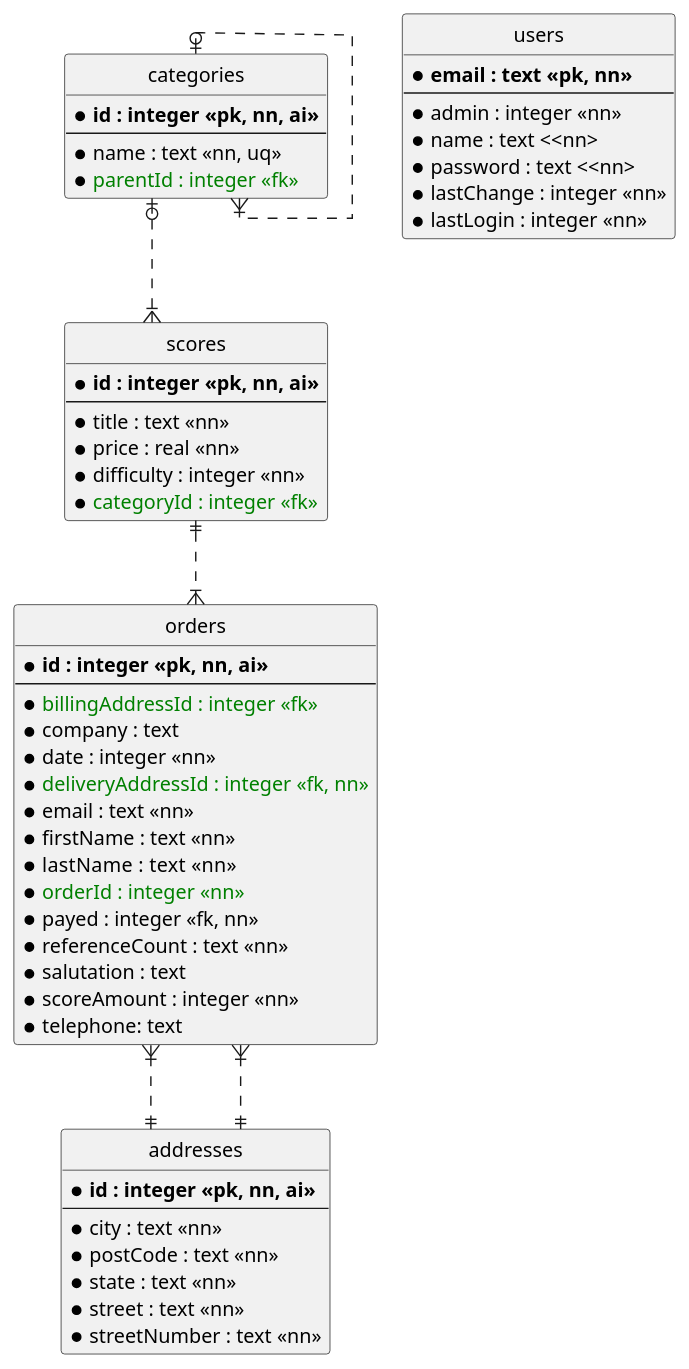
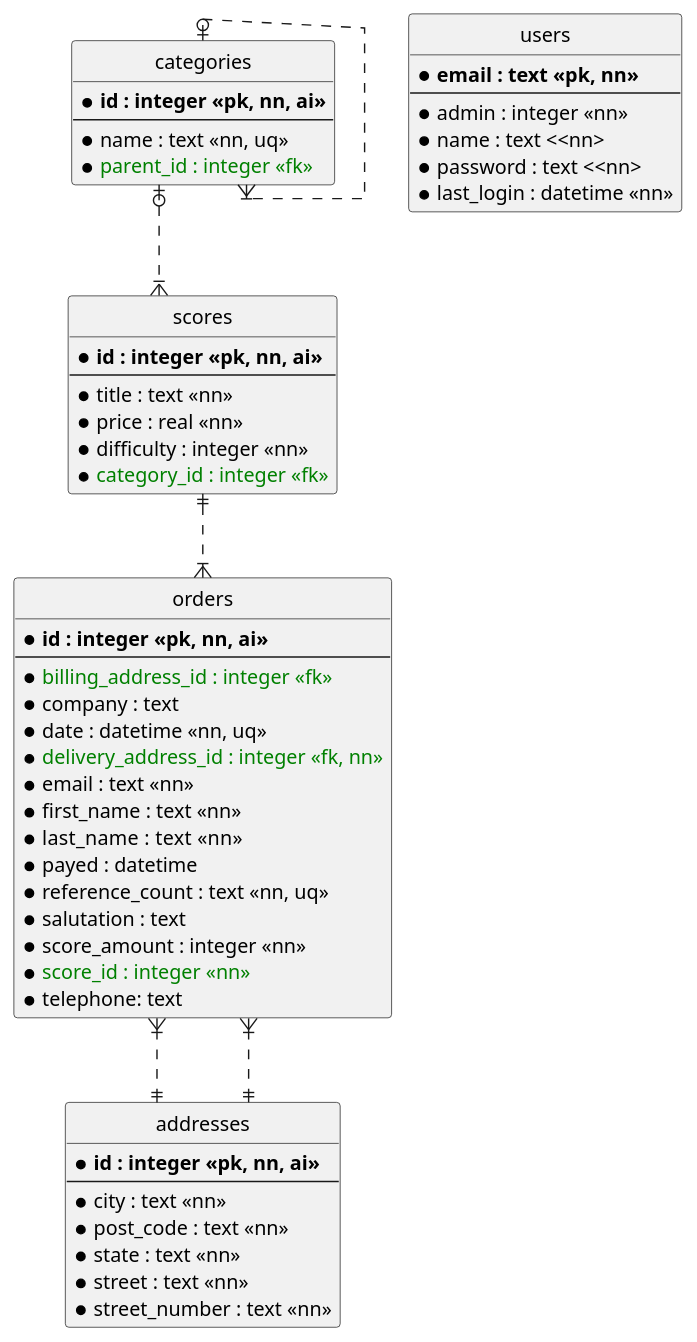
The diagram in doc/database/database.adoc (mknentwich/core), drawn with PlantUML before and after one commit.

Commit message:
changed database case to snake case as dbs are not always case sensitive. changed payed to a nullable datetime. changed every unixtime to a datetime. fixed wrong name orderId to score_id.

```diff
--- a/doc/database/database.adoc
+++ b/doc/database/database.adoc
@@ -8,73 +8,72 @@
 [plantuml, database_model, svg]
 ....
 @startuml
 
 hide circle
 skinparam linetype ortho
 
 ' entities
 
 entity "categories" as cat {
   * **id : integer <<pk, nn, ai>>**
   --
   *name : text <<nn, uq>>
-  *<color:green>parentId : integer <<fk>></color>
+  *<color:green>parent_id : integer <<fk>></color>
 }
 
 entity "scores" as sco {
   * **id : integer <<pk, nn, ai>>**
   --
   *title : text <<nn>>
   *price : real <<nn>>
   *difficulty : integer <<nn>>
-  *<color:green>categoryId : integer <<fk>></color>
+  *<color:green>category_id : integer <<fk>></color>
 }
 
 entity "orders" as ord {
   * **id : integer <<pk, nn, ai>>**
   --
-  *<color:green>billingAddressId : integer <<fk>></color>
+  *<color:green>billing_address_id : integer <<fk>></color>
   *company : text
-  *date : integer <<nn>>
-  *<color:green>deliveryAddressId : integer <<fk, nn>></color>
+  *date : datetime <<nn, uq>>
+  *<color:green>delivery_address_id : integer <<fk, nn>></color>
   *email : text <<nn>>
-  *firstName : text <<nn>>
-  *lastName :  text <<nn>>
-  *<color:green>orderId : integer <<nn>></color>
-  *payed : integer <<fk, nn>>
-  *referenceCount : text <<nn>>
+  *first_name : text <<nn>>
+  *last_name :  text <<nn>>
+  *payed : datetime
+  *reference_count : text <<nn, uq>>
   *salutation : text
-  *scoreAmount : integer <<nn>>
+  *score_amount : integer <<nn>>
+  *<color:green>score_id : integer <<nn>></color>
   *telephone: text
 }
 
 entity "addresses" as add {
   * **id : integer <<pk, nn, ai>>**
   --
   *city : text <<nn>>
-  *postCode : text <<nn>>
+  *post_code : text <<nn>>
   *state : text <<nn>>
   *street : text <<nn>>
-  *streetNumber : text <<nn>>
+  *street_number : text <<nn>>
 }
 
 entity "users" {
   * **email : text <<pk, nn>>**
   --
   *admin : integer <<nn>>
   *name : text <<nn>
   *password : text <<nn>
-  *lastChange : integer <<nn>>
-  *lastLogin : integer <<nn>>
+  *last_login : datetime <<nn>>
 }
 
 ' relations
 
 cat |o..|{ cat
 cat |o..|{ sco
 ord }|..|| add
 ord }|..|| add
 sco ||..|{ ord
 
 @enduml
 ....
```
